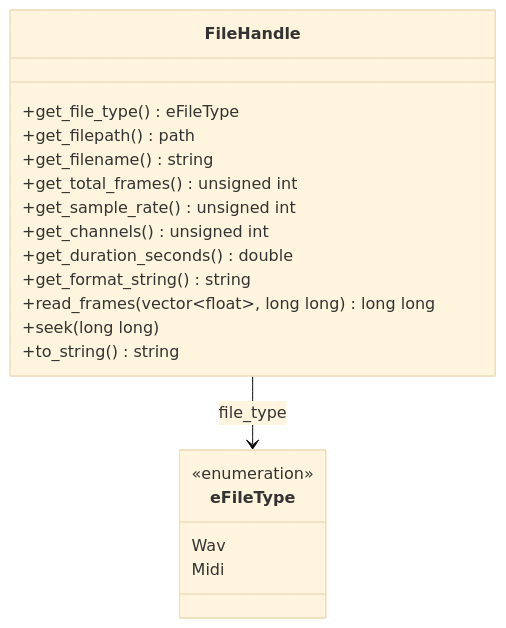
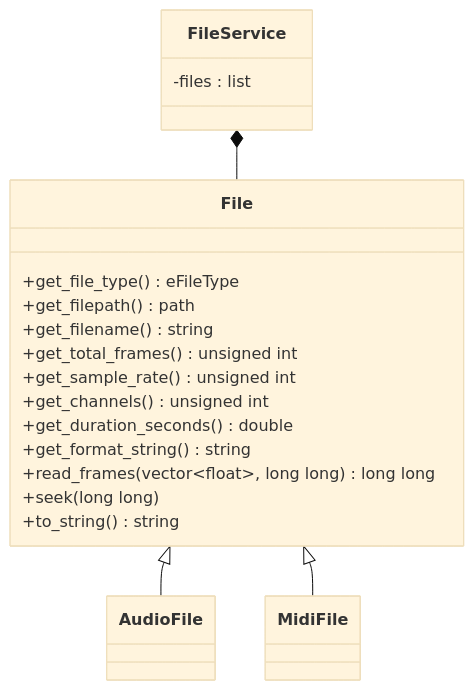
Diagram 11 of 21 in docs/DESIGN_DOC.md (aidan-clyens/miniaudioengine), drawn with Mermaid (base theme) before and after one commit. The commit also changed other lines of this file, not shown here.

````diff
--- a/docs/DESIGN_DOC.md
+++ b/docs/DESIGN_DOC.md
@@ -377,25 +381,33 @@
 ```mermaid
 classDiagram
 
-    class FileHandle {
+    class FileService {
+        -files : list<File>
+    }
+
+    class File {
         +get_file_type() eFileType
         +get_filepath() path
         +get_filename() string
         +get_total_frames() unsigned int
         +get_sample_rate() unsigned int
         +get_channels() unsigned int
         +get_duration_seconds() double
         +get_format_string() string
         +read_frames(vector~float~, long long) long long
         +seek(long long)
         +to_string() string
     }
 
-    class eFileType {
-        <<enumeration>>
-        Wav
-        Midi
+    class AudioFile {
+
     }
 
-    FileHandle --> eFileType : file_type
+    class MidiFile {
+
+    }
+
+    FileService *-- File
+    File <|-- AudioFile
+    File <|-- MidiFile
 ```
````
